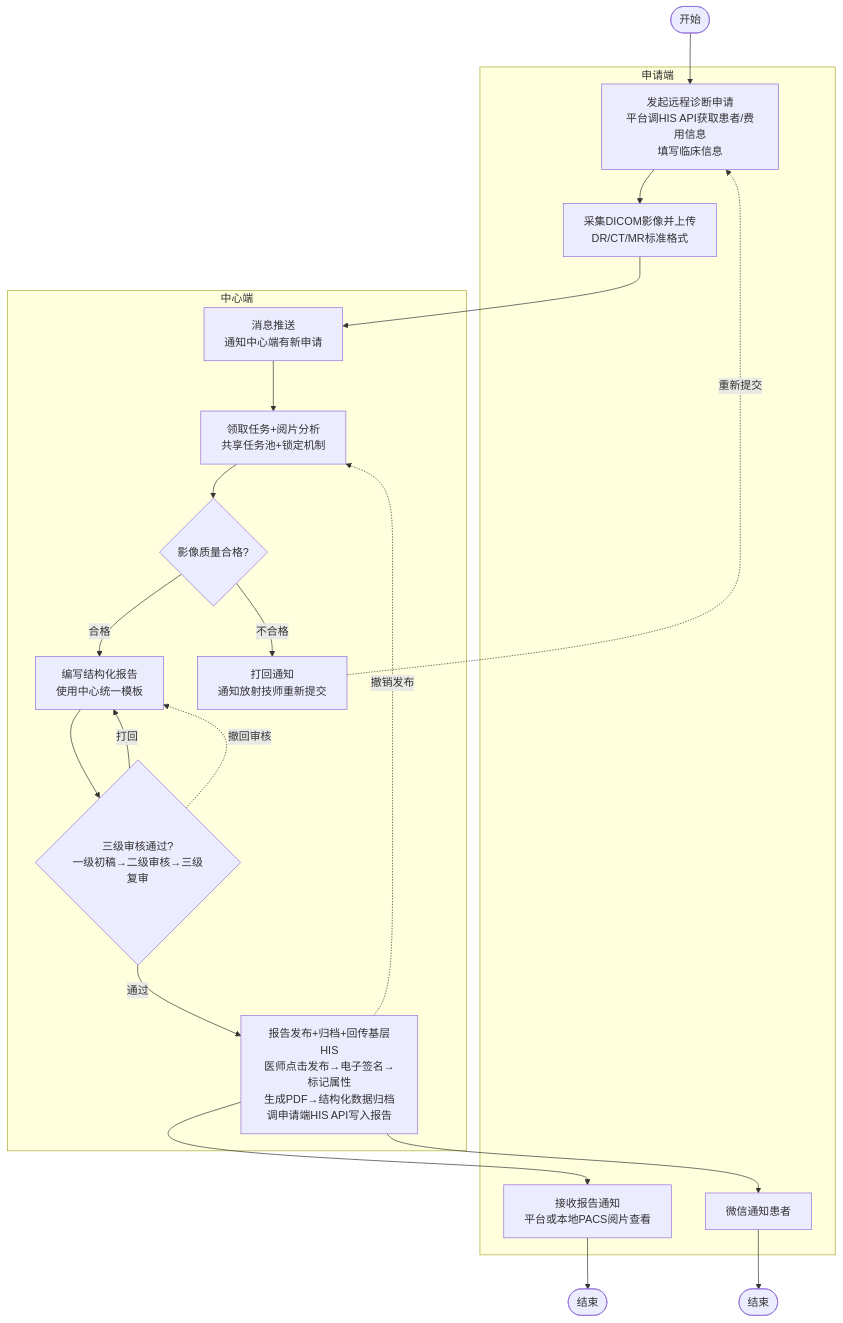
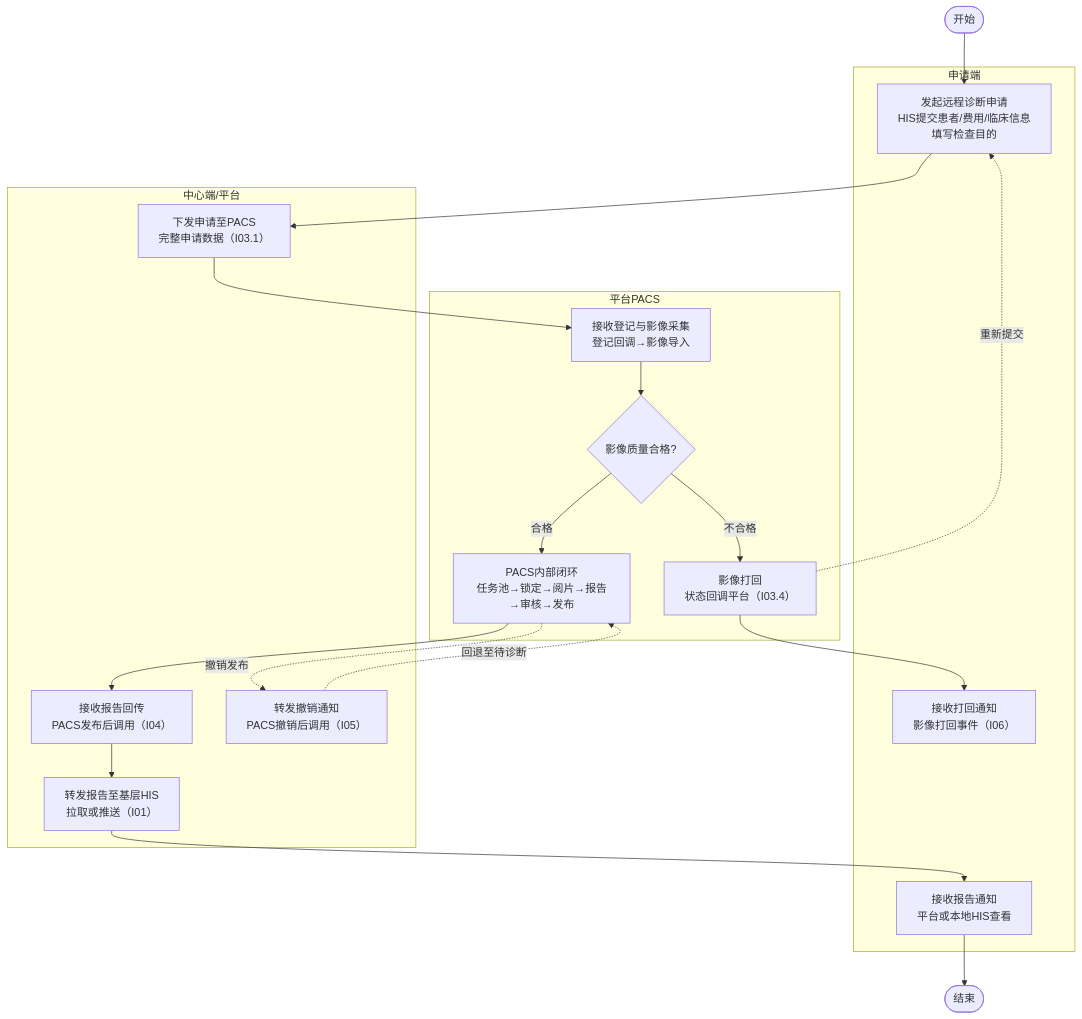
One commit to taskMain/Lis changed the first of 2 diagrams in 协同平台/需求规约 - 影像诊断中心系统.md. Above: the diagram before and after it, drawn with Mermaid. The commit also changed other lines of this file and 35 other files, not shown here.

````diff
--- a/协同平台/需求规约 - 影像诊断中心系统.md
+++ b/协同平台/需求规约 - 影像诊断中心系统.md
@@ -253,31 +413,29 @@
 ```mermaid
 graph TD
     subgraph 申请端
-        A1[发起远程诊断申请<br/>平台调HIS API获取患者/费用信息<br/>填写临床信息]
-        A2[采集DICOM影像并上传<br/>DR/CT/MR标准格式]
-        A3[接收报告通知<br/>平台或本地PACS阅片查看]
-        A4[微信通知患者]
+        A1[发起远程诊断申请<br/>HIS提交患者/费用/临床信息<br/>填写检查目的]
+        A2[接收报告通知<br/>平台或本地HIS查看]
+        A3[接收打回通知<br/>影像打回事件（I06）]
     end
-
-    subgraph 中心端
-        B1[消息推送<br/>通知中心端有新申请]
-        C1[领取任务+阅片分析<br/>共享任务池+锁定机制]
+    subgraph 中心端/平台
+        B1[下发申请至PACS<br/>完整申请数据（I03.1）]
+        B3[接收报告回传<br/>PACS发布后调用（I04）]
+        B4[转发报告至基层HIS<br/>拉取或推送（I01）]
+        B5[转发撤销通知<br/>PACS撤销后调用（I05）]
+    end
+    subgraph 平台PACS
+        C1[接收登记与影像采集<br/>登记回调→影像导入]
         C2{影像质量合格?}
-        C3[编写结构化报告<br/>使用中心统一模板]
-        C4{三级审核通过?<br/>一级初稿→二级审核→三级复审}
-        C5[报告发布+归档+回传基层HIS<br/>医师点击发布→电子签名→标记属性<br/>生成PDF→结构化数据归档<br/>调申请端HIS API写入报告]
-        B3[打回通知<br/>通知放射技师重新提交]
+        C3[PACS内部闭环<br/>任务池→锁定→阅片→报告→审核→发布]
+        C4[影像打回<br/>状态回调平台（I03.4）]
     end
-
-    START([开始]) --> A1 --> A2 --> B1 --> C1 --> C2
-    C2 -- 不合格 --> B3
-    B3 -. 重新提交 .-> A1
-    C2 -- 合格 --> C3 --> C4
-    C4 -- 打回 --> C3
-    C4 -- 通过 --> C5 --> A3
-    C5 --> A4
-    C4 -. 撤回审核 .-> C3
-    C5 -. 撤销发布 .-> C1
-    A3 --> END([结束])
-    A4 --> END2([结束])
+    START([开始]) --> A1 --> B1 --> C1 --> C2
+    C2 -- 不合格 --> C4
+    C4 --> A3
+    C4 -. 重新提交 .-> A1
+    C2 -- 合格 --> C3
+    C3 --> B3 --> B4 --> A2
+    C3 -. 撤销发布 .-> B5
+    B5 -. 回退至待诊断 .-> C3
+    A2 --> END([结束])
 ```
````
